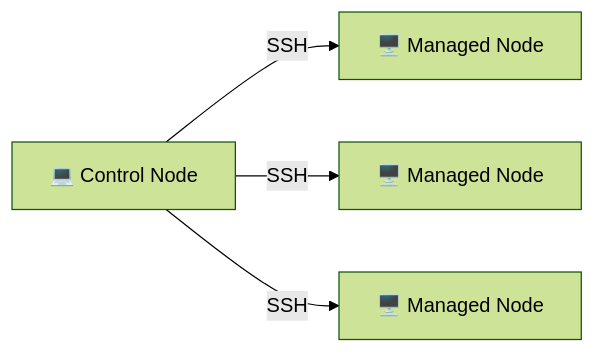
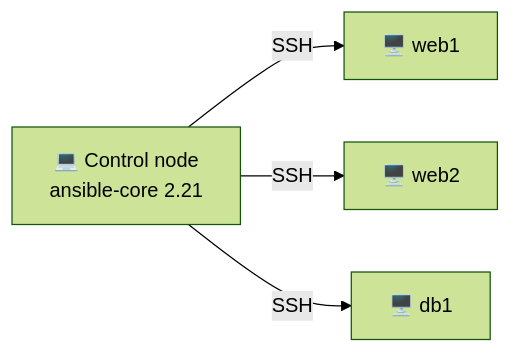
The third of 8 diagrams in lectures/lec5.md (inno-devops-labs/DevOps-Core-Course), drawn with Mermaid (forest theme) before and after one commit. The commit also changed other lines of this file and 24 other files, not shown here.

````diff
--- a/lectures/lec5.md
+++ b/lectures/lec5.md
@@ -188,6 +105,6 @@
 ```mermaid
 flowchart LR
-  Control[💻 Control Node] -->|SSH| Node1[🖥️ Managed Node]
-  Control -->|SSH| Node2[🖥️ Managed Node]
-  Control -->|SSH| Node3[🖥️ Managed Node]
+  Control[💻 Control node<br/>ansible-core 2.21] -->|SSH| N1[🖥️ web1]
+  Control -->|SSH| N2[🖥️ web2]
+  Control -->|SSH| N3[🖥️ db1]
 ```
````
